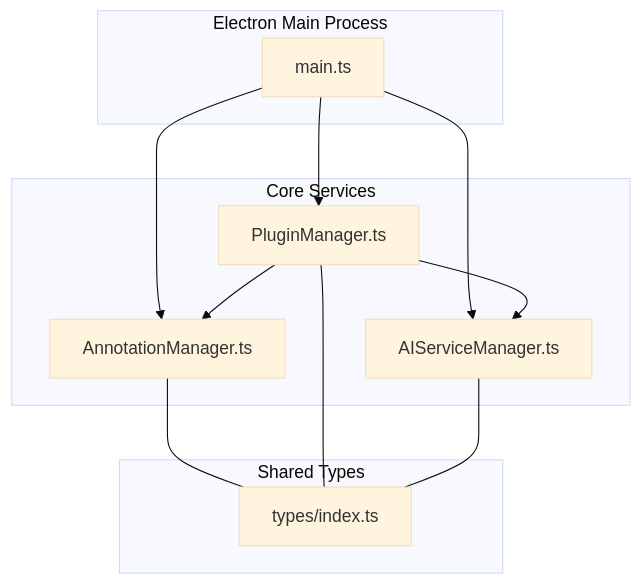
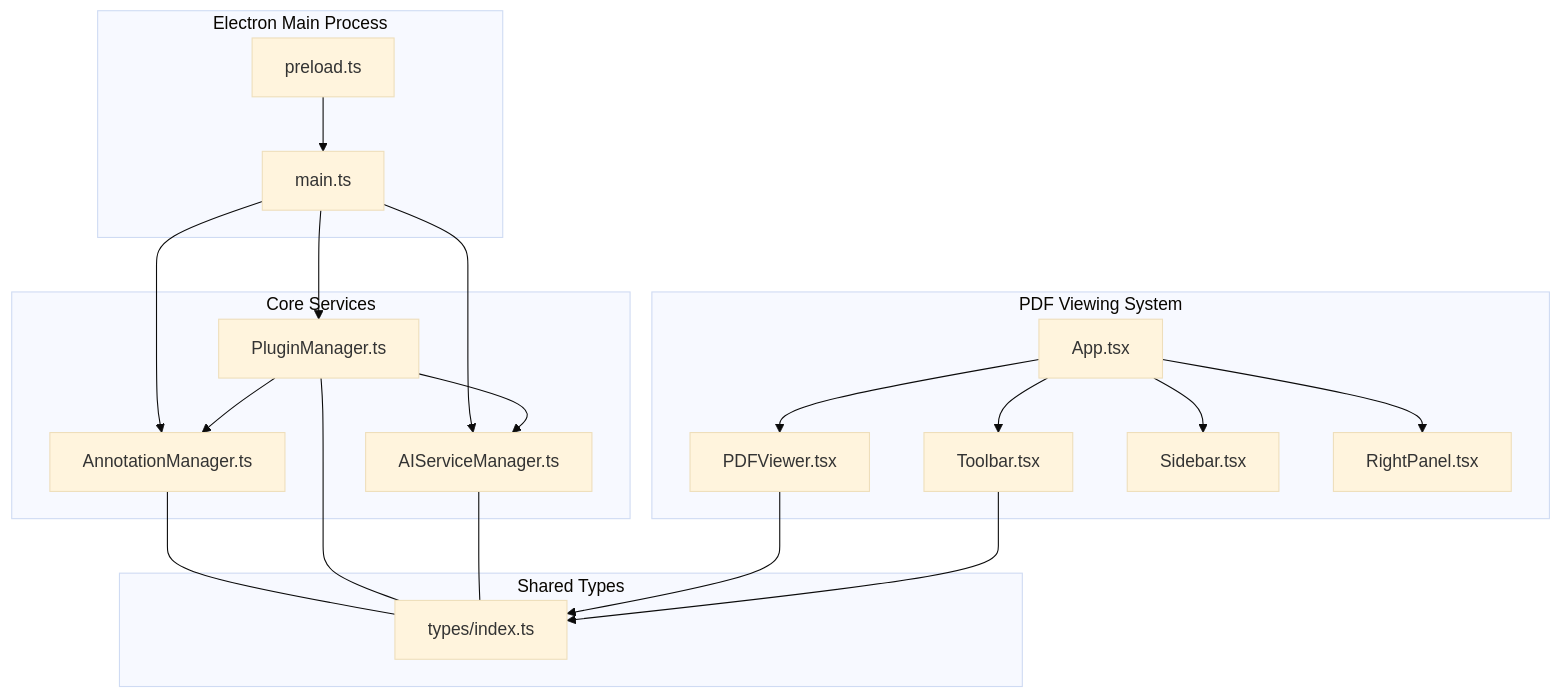
Before and after one commit to Chunde/SciPDFReader: the first of 7 diagrams in .qoder/repowiki/en/content/Core Components/Core Components.md, drawn with Mermaid (base theme). The commit also changed other lines of this file and 4 other files, not shown here.

````diff
--- a/.qoder/repowiki/en/content/Core Components/Core Components.md
+++ b/.qoder/repowiki/en/content/Core Components/Core Components.md
@@ -37,22 +57,37 @@
 ```mermaid
 graph TB
 subgraph "Electron Main Process"
 MAIN["main.ts"]
+PRELOAD["preload.ts"]
 end
 subgraph "Core Services"
 AM["AnnotationManager.ts"]
 PM["PluginManager.ts"]
 AIM["AIServiceManager.ts"]
 end
 subgraph "Shared Types"
 TYPES["types/index.ts"]
 end
+subgraph "PDF Viewing System"
+APP["App.tsx"]
+TOOLBAR["Toolbar.tsx"]
+PDFVIEWER["PDFViewer.tsx"]
+SIDEBAR["Sidebar.tsx"]
+RIGHTPANEL["RightPanel.tsx"]
+end
 MAIN --> AM
 MAIN --> AIM
 MAIN --> PM
+PRELOAD --> MAIN
 PM --> AM
 PM --> AIM
 AM --- TYPES
 PM --- TYPES
 AIM --- TYPES
+APP --> TOOLBAR
+APP --> PDFVIEWER
+APP --> SIDEBAR
+APP --> RIGHTPANEL
+PDFVIEWER --> TYPES
+TOOLBAR --> TYPES
 ```
````
